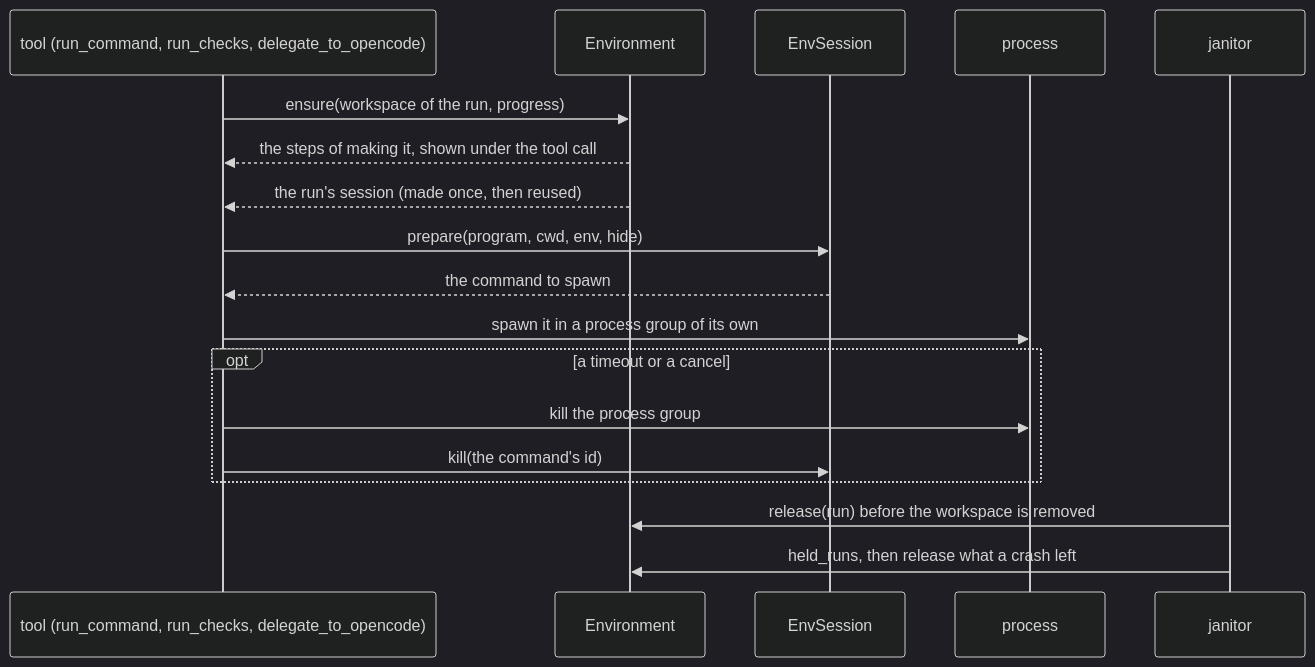
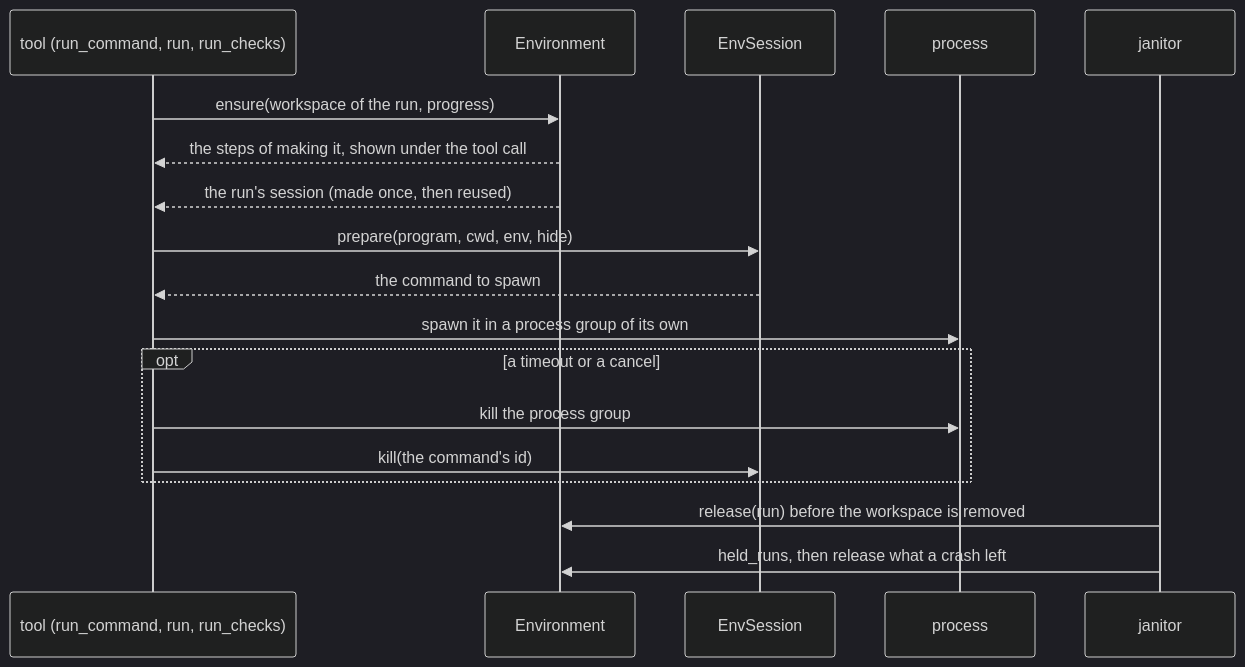
Before and after one commit to vymalo/another-adam-rs: the fourth of 7 diagrams in docs/reference/workspace-and-environments.md, drawn with Mermaid (dark theme). The commit also changed other lines of this file and 34 other files, not shown here.

````diff
--- a/docs/reference/workspace-and-environments.md
+++ b/docs/reference/workspace-and-environments.md
@@ -126,20 +125,20 @@
 ```mermaid
 sequenceDiagram
-    participant T as tool (run_command, run_checks, delegate_to_opencode)
+    participant T as tool (run_command, run, run_checks)
     participant E as Environment
     participant S as EnvSession
     participant P as process
     participant J as janitor
     T->>E: ensure(workspace of the run, progress)
     E-->>T: the steps of making it, shown under the tool call
     E-->>T: the run's session (made once, then reused)
     T->>S: prepare(program, cwd, env, hide)
     S-->>T: the command to spawn
     T->>P: spawn it in a process group of its own
     opt a timeout or a cancel
         T->>P: kill the process group
         T->>S: kill(the command's id)
     end
     J->>E: release(run) before the workspace is removed
     J->>E: held_runs, then release what a crash left
 ```
````
